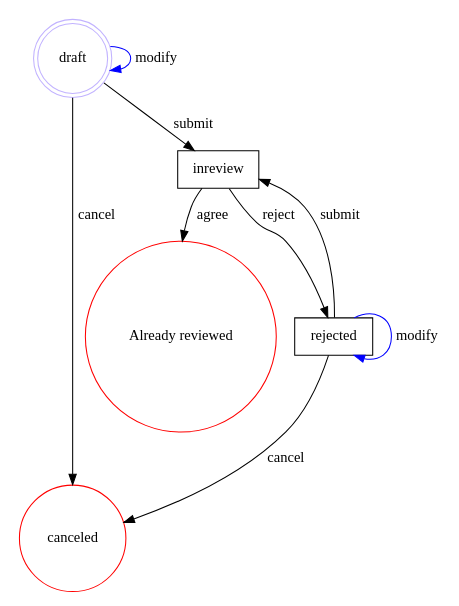
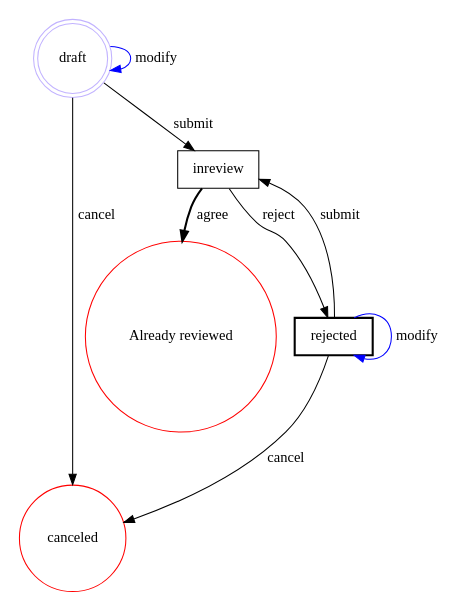
One commit to clszzyh/flexflow changed the diagram in README.md. Above: the diagram before and after it, drawn with Graphviz. The commit also changed other lines of this file and 3 other files, not shown here.

````diff
--- a/README.md
+++ b/README.md
@@ -94,20 +94,20 @@
 ```dot
 // custom_mark10
 digraph review {
   size ="4,4";
   draft [label="draft",shape=doublecircle,color=".7 .3 1.0"];
   Already_reviewed [label="Already reviewed",shape=circle,color=red];
   canceled [label="canceled",shape=circle,color=red];
   inreview [label="inreview",shape=box];
-  rejected [label="rejected",shape=box];
+  rejected [label="rejected",shape=box,style=bold];
   draft -> inreview [label="submit"];
   draft -> draft [label="modify",color=blue];
   draft -> canceled [label="cancel"];
   rejected -> inreview [label="submit"];
   rejected -> rejected [label="modify",color=blue];
   rejected -> canceled [label="cancel"];
   inreview -> rejected [label="reject"];
-  inreview -> Already_reviewed [label="agree"];
+  inreview -> Already_reviewed [label="agree",style=bold];
 }
 // custom_mark10
 ```
````
